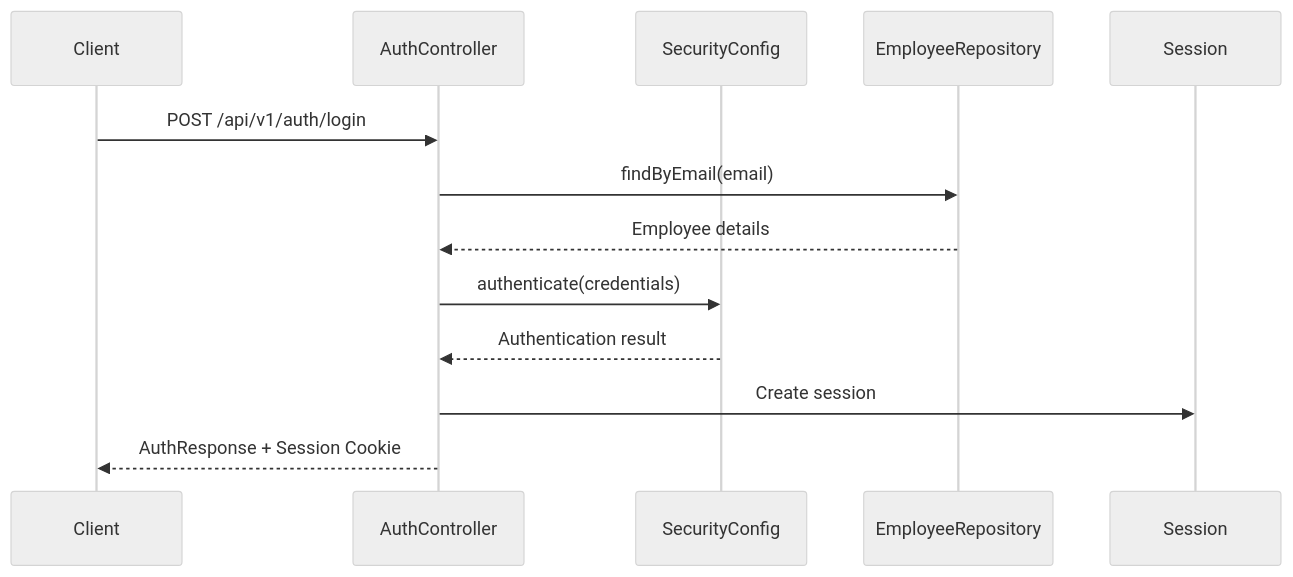
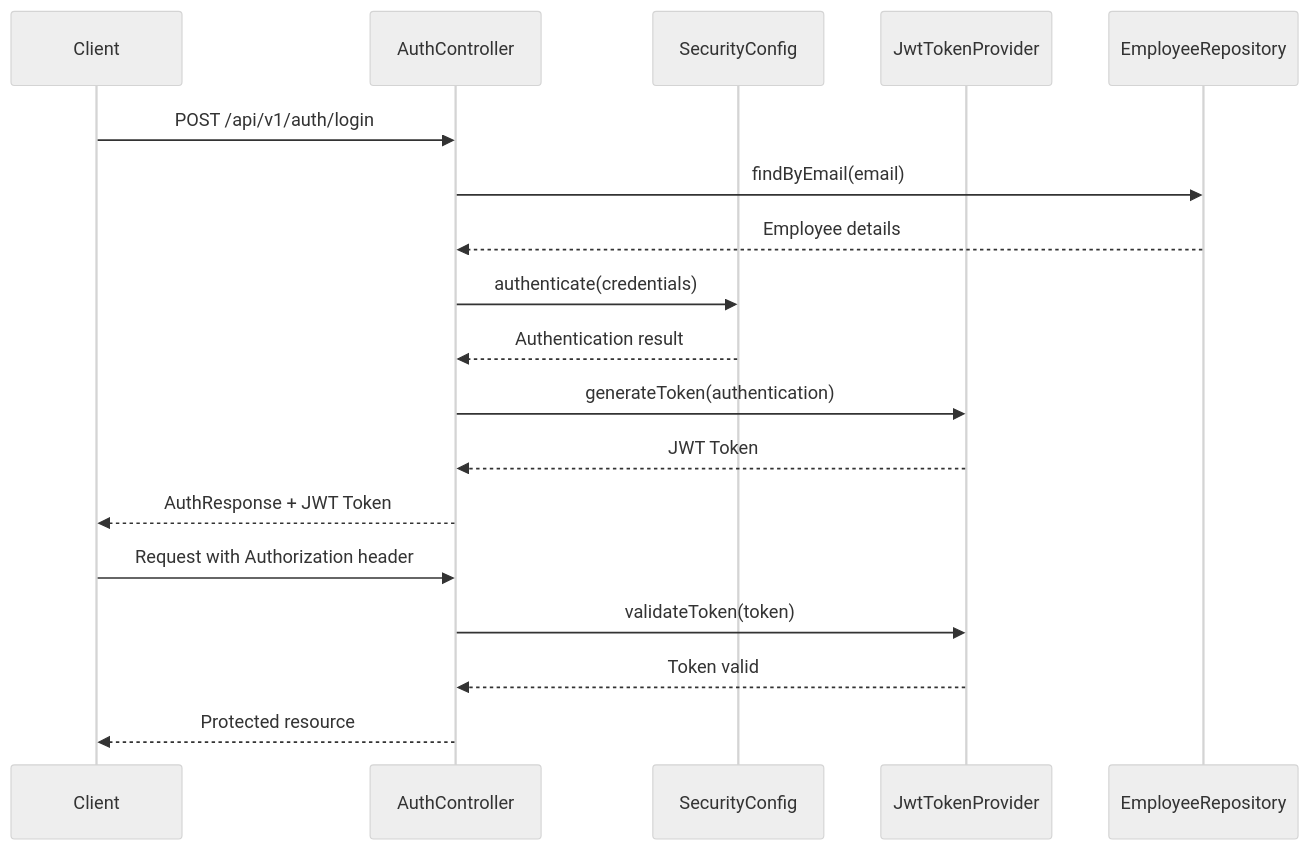
The diagram in docs/auth/README.md (vivekanand-vr/wheelshift-backend), drawn with Mermaid (neutral theme) before and after one commit. The commit also changed other lines of this file and 8 other files, not shown here.

Commit message:
feat: jwt token based authentication and remove session storage

````diff
--- a/docs/auth/README.md
+++ b/docs/auth/README.md
@@ -11,16 +11,22 @@
 ```mermaid
 sequenceDiagram
     participant Client
     participant AuthController
     participant SecurityConfig
+    participant JwtTokenProvider
     participant EmployeeRepository
-    participant Session
-
+    
     Client->>AuthController: POST /api/v1/auth/login
     AuthController->>EmployeeRepository: findByEmail(email)
     EmployeeRepository-->>AuthController: Employee details
     AuthController->>SecurityConfig: authenticate(credentials)
     SecurityConfig-->>AuthController: Authentication result
-    AuthController->>Session: Create session
-    AuthController-->>Client: AuthResponse + Session Cookie
+    AuthController->>JwtTokenProvider: generateToken(authentication)
+    JwtTokenProvider-->>AuthController: JWT Token
+    AuthController-->>Client: AuthResponse + JWT Token
+    
+    Client->>AuthController: Request with Authorization header
+    AuthController->>JwtTokenProvider: validateToken(token)
+    JwtTokenProvider-->>AuthController: Token valid
+    AuthController-->>Client: Protected resource
 ```
````
